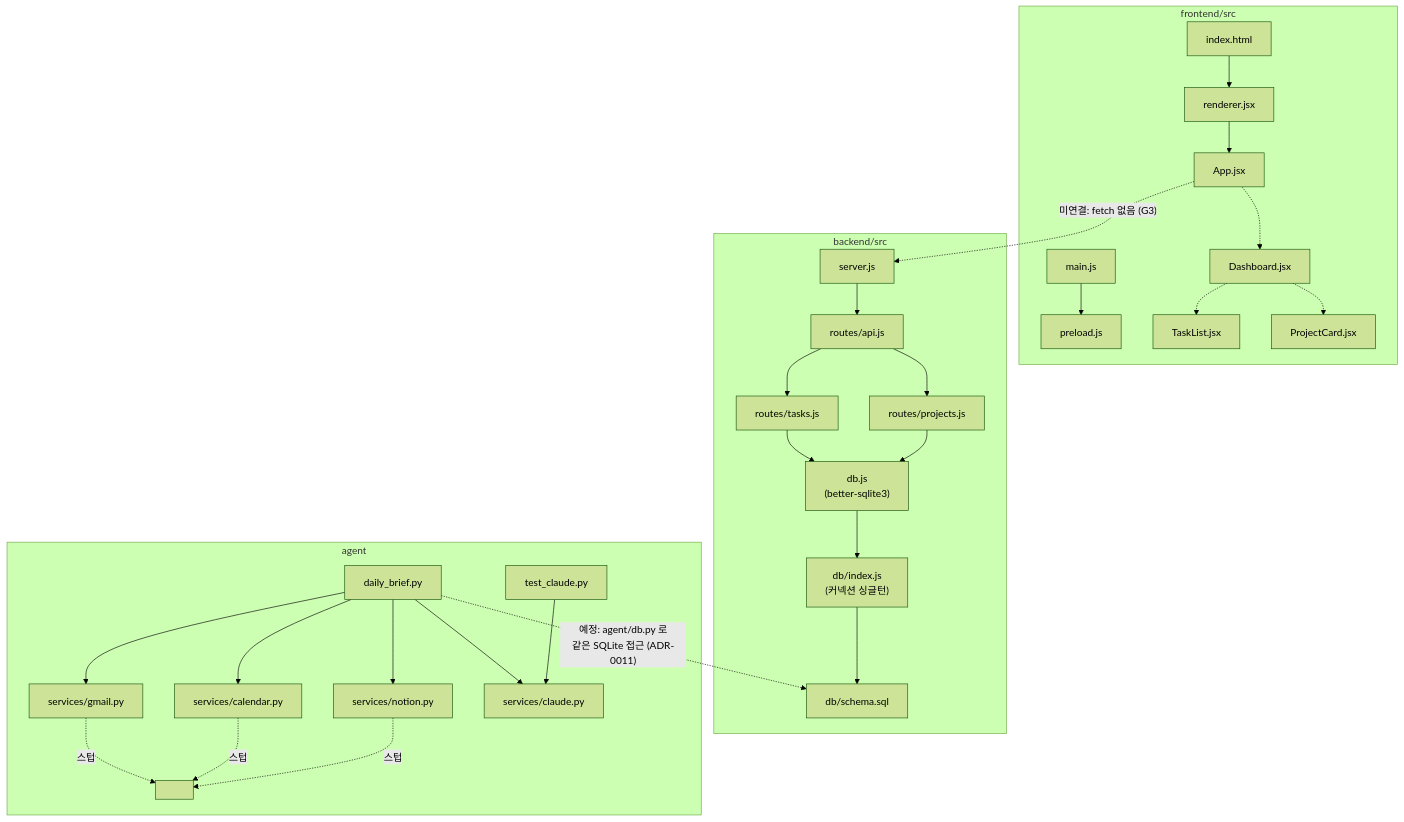
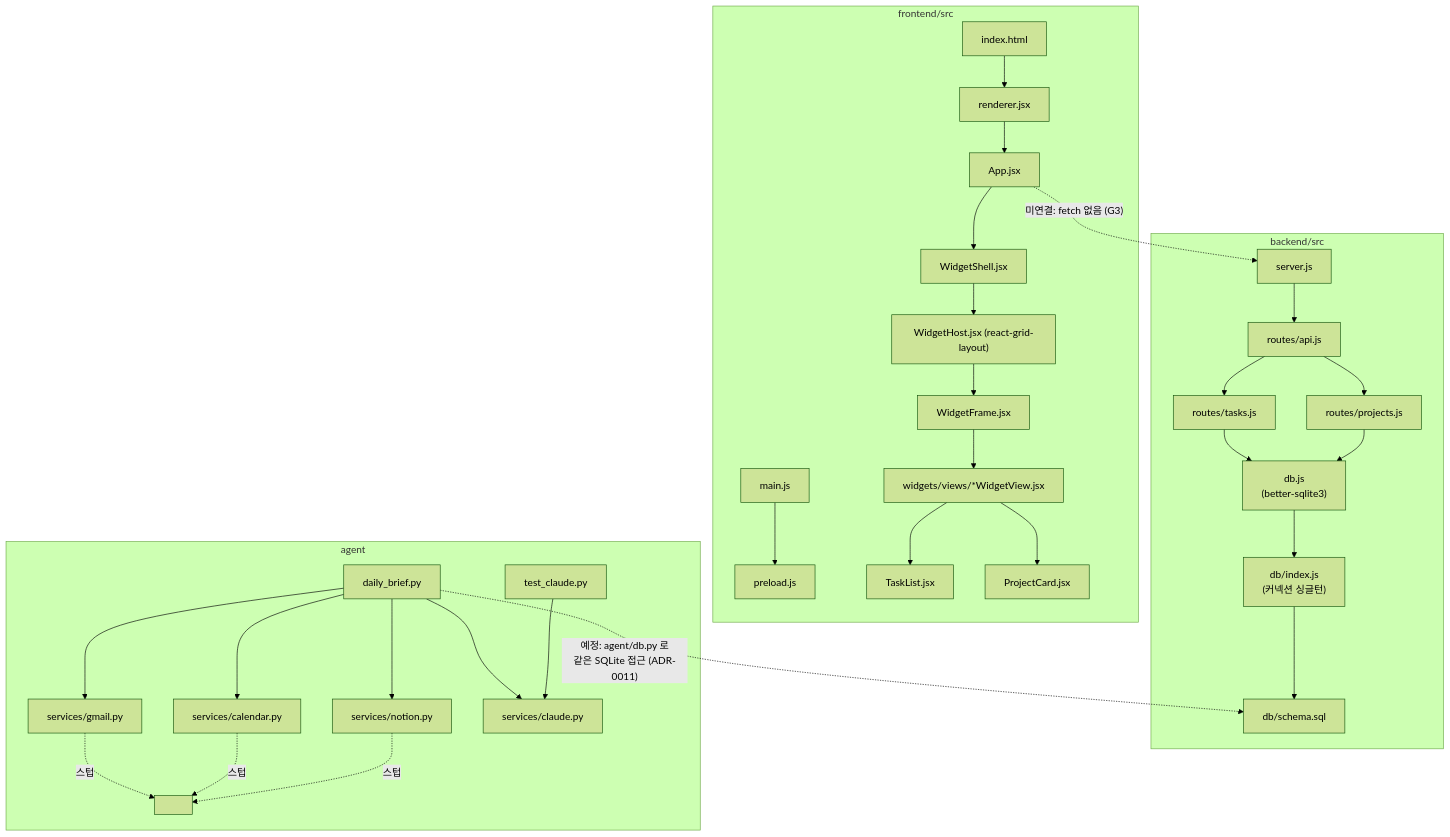
One commit to gamercross/my-setup-proj changed the diagram in docs/product/vision/AS_IS.md. Above: the diagram before and after it, drawn with Mermaid (forest theme). The commit also changed other lines of this file and 35 other files, not shown here.

````diff
--- a/docs/product/vision/AS_IS.md
+++ b/docs/product/vision/AS_IS.md
@@ -95,35 +95,38 @@
 ```mermaid
 flowchart TB
   subgraph FE["frontend/src"]
     MAIN["main.js"] --> PRE["preload.js"]
     IDX["index.html"] --> RJX["renderer.jsx"]
     RJX --> APP["App.jsx"]
-    APP -.-> DASH["Dashboard.jsx"]
-    DASH -.-> TL["TaskList.jsx"]
-    DASH -.-> PC["ProjectCard.jsx"]
+    APP --> SHELL["WidgetShell.jsx"]
+    SHELL --> HOST["WidgetHost.jsx (react-grid-layout)"]
+    HOST --> FRAME["WidgetFrame.jsx"]
+    FRAME --> VIEWS["widgets/views/*WidgetView.jsx"]
+    VIEWS --> TL["TaskList.jsx"]
+    VIEWS --> PC["ProjectCard.jsx"]
   end
 
   subgraph BE["backend/src"]
     SRV["server.js"] --> AR["routes/api.js"]
     AR --> TR["routes/tasks.js"]
     AR --> PR["routes/projects.js"]
     TR --> DBJS["db.js<br/>(better-sqlite3)"]
     PR --> DBJS
     DBJS --> DBIDX["db/index.js<br/>(커넥션 싱글턴)"]
     DBIDX --> SCHEMA["db/schema.sql"]
   end
 
   subgraph AGT["agent"]
     DBF["daily_brief.py"] --> SGM["services/gmail.py"]
     DBF --> SCA["services/calendar.py"]
     DBF --> SNO["services/notion.py"]
     DBF --> SCL["services/claude.py"]
     TCL["test_claude.py"] --> SCL
     SGM -. "스텁" .-> X1[" "]
     SCA -. "스텁" .-> X1
     SNO -. "스텁" .-> X1
   end
 
   APP -. "미연결: fetch 없음 (G3)" .-> SRV
   DBF -. "예정: agent/db.py 로<br/>같은 SQLite 접근 (ADR-0011)" .-> SCHEMA
 ```
````
